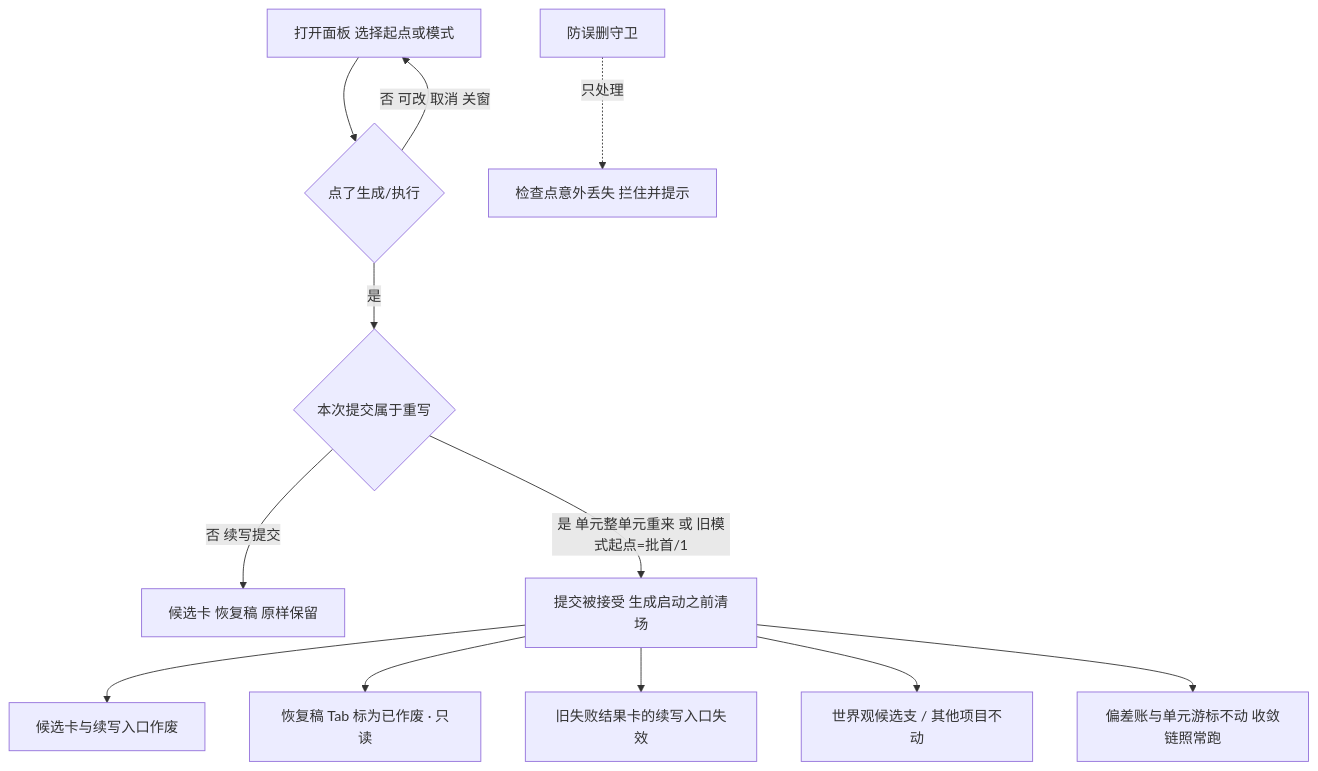
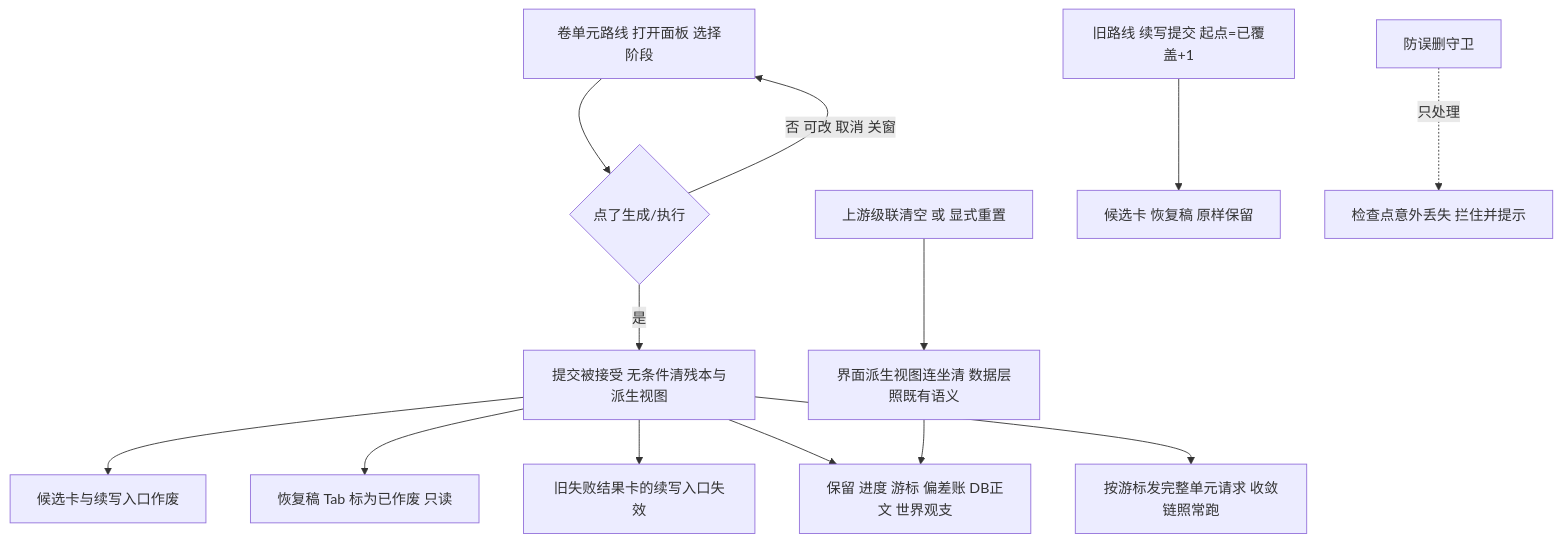
Before and after one commit to byfbaish/AI-Novel-Writer: the third of 3 diagrams in docs/design/architecture/d8-checkpoint-degradation-design.md, drawn with Mermaid. The commit also changed other lines of this file and 4 other files, not shown here.

````diff
--- a/docs/design/architecture/d8-checkpoint-degradation-design.md
+++ b/docs/design/architecture/d8-checkpoint-degradation-design.md
@@ -650,14 +688,15 @@
 ```mermaid
 flowchart TD
-  A[打开面板 选择起点或模式] --> B{点了生成/执行}
+  A[卷单元路线 打开面板 选择阶段] --> B{点了生成/执行}
   B -->|否 可改 取消 关窗| A
-  B -->|是| C{本次提交属于重写}
-  C -->|否 续写提交| D[候选卡 恢复稿 原样保留]
-  C -->|是 单元整单元重来 或 旧模式起点=批首/1| E[提交被接受 生成启动之前清场]
+  B -->|是| E[提交被接受 无条件清残本与派生视图]
+  C[上游级联清空 或 显式重置] --> E2[界面派生视图连坐清 数据层照既有语义]
+  O[旧路线 续写提交 起点=已覆盖+1] --> D[候选卡 恢复稿 原样保留]
   E --> E1[候选卡与续写入口作废]
-  E --> E2[恢复稿 Tab 标为已作废 · 只读]
+  E --> E2b[恢复稿 Tab 标为已作废 只读]
   E --> E3[旧失败结果卡的续写入口失效]
-  E --> E4[世界观候选支 / 其他项目不动]
-  E --> F[偏差账与单元游标不动 收敛链照常跑]
+  E --> K[保留 进度 游标 偏差账 DB正文 世界观支]
+  E --> F[按游标发完整单元请求 收敛链照常跑]
+  E2 --> K
   G[防误删守卫] -.只处理.-> X[检查点意外丢失 拦住并提示]
 ```
````
